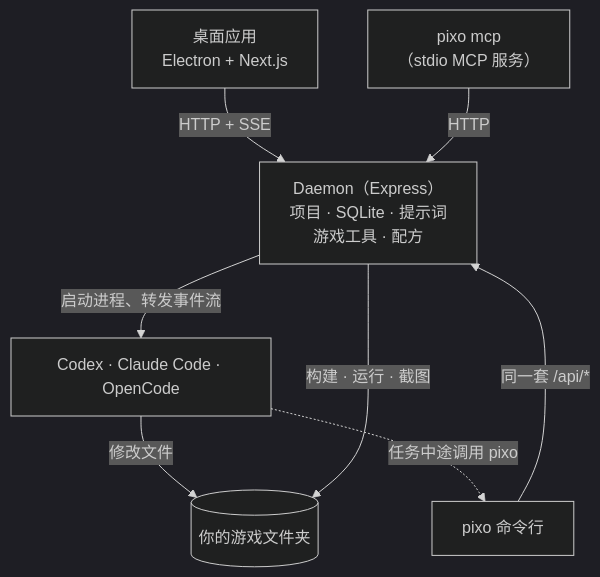
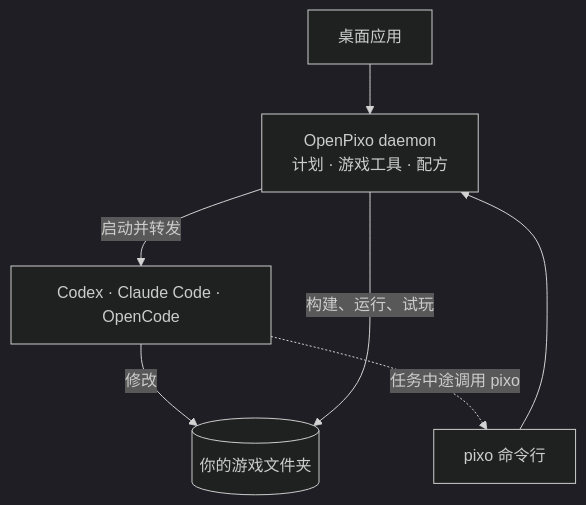
Before and after one commit to OpenPixo/OpenPixo: the diagram in README.zh-CN.md, drawn with Mermaid (dark theme). The commit also changed other lines of this file and 3 other files, not shown here.

````diff
--- a/README.zh-CN.md
+++ b/README.zh-CN.md
@@ -48,10 +79,9 @@
 ```mermaid
 flowchart TB
-  UI["桌面应用<br/>Electron + Next.js"] -- "HTTP + SSE" --> D
-  CLI["pixo 命令行"] -- "同一套 /api/*" --> D
-  MCP["pixo mcp<br/>（stdio MCP 服务）"] -- HTTP --> D
-  D["Daemon（Express）<br/>项目 · SQLite · 提示词<br/>游戏工具 · 配方"] -- "启动进程、转发事件流" --> A["Codex · Claude Code · OpenCode"]
-  A -- "修改文件" --> P[("你的游戏文件夹")]
+  UI["桌面应用"] --> D
+  CLI["pixo 命令行"] --> D
+  D["OpenPixo daemon<br/>计划 · 游戏工具 · 配方"] -- "启动并转发" --> A["Codex · Claude Code · OpenCode"]
+  A -- "修改" --> P[("你的游戏文件夹")]
   A -. "任务中途调用 pixo" .-> CLI
-  D -- "构建 · 运行 · 截图" --> P
+  D -- "构建、运行、试玩" --> P
 ```
````
